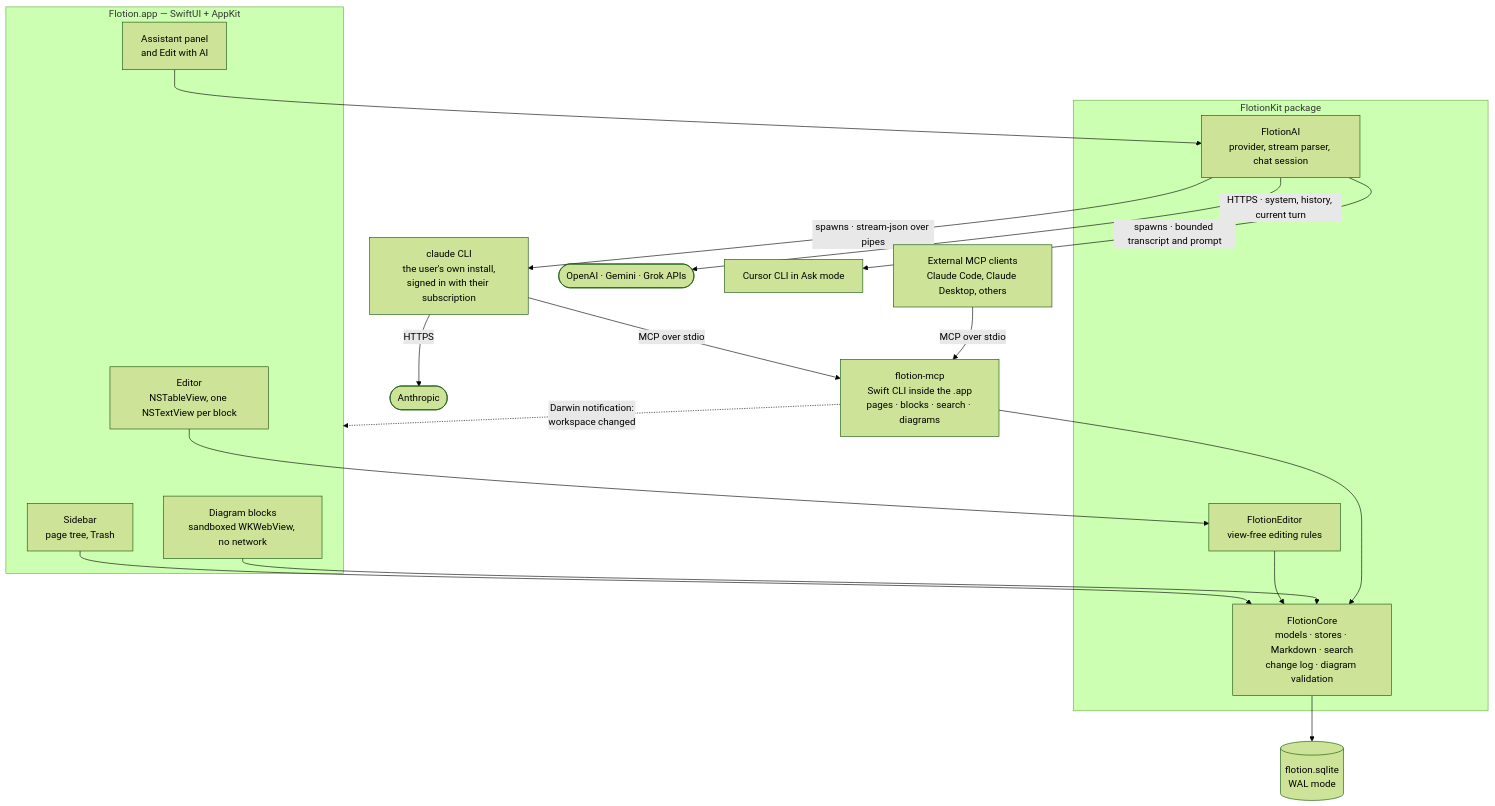
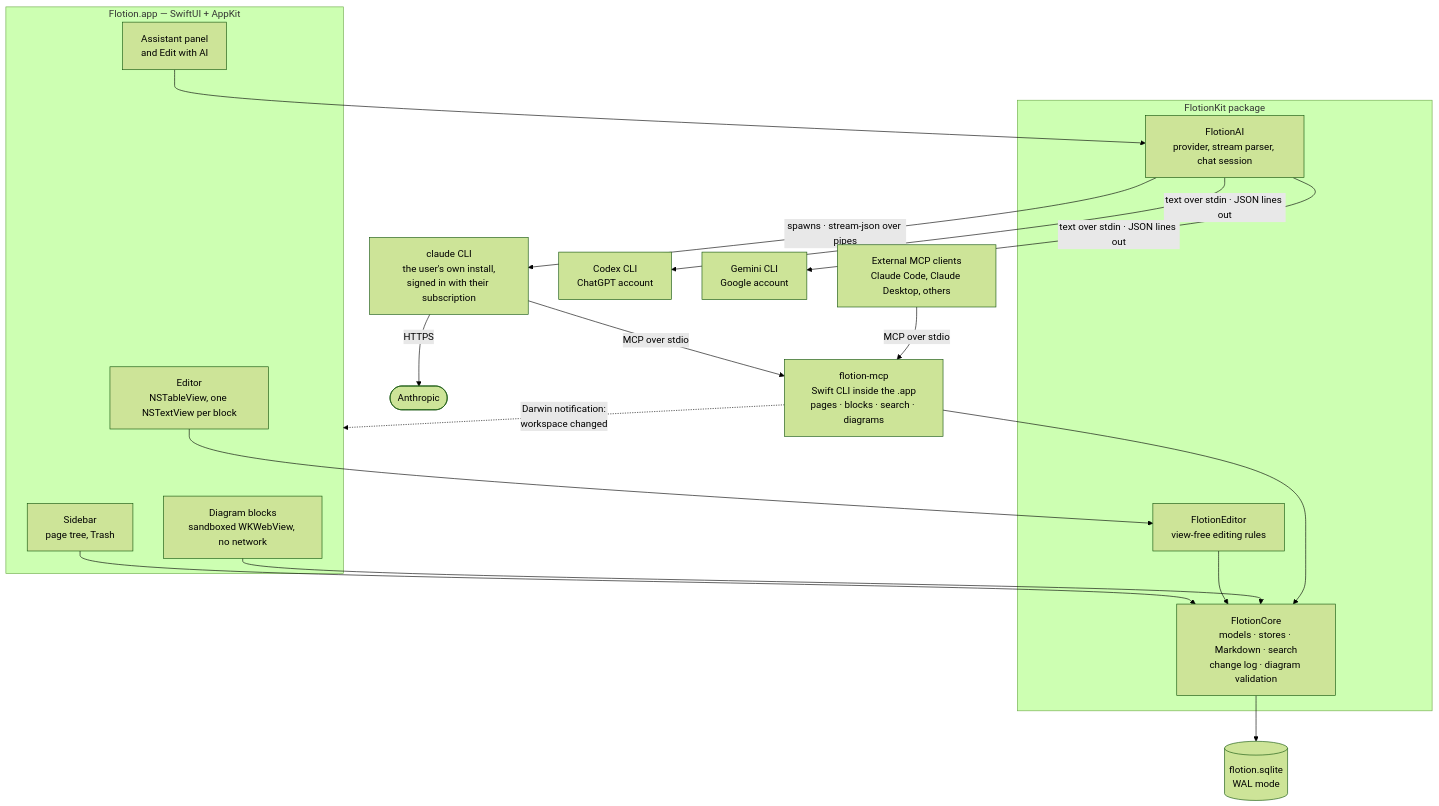
One commit to andrewv426/Flotion changed the first of 2 diagrams in docs/architecture.md. Above: the diagram before and after it, drawn with Mermaid (forest theme). The commit also changed other lines of this file and 14 other files, not shown here.

````diff
--- a/docs/architecture.md
+++ b/docs/architecture.md
@@ -7,39 +7,39 @@
 ```mermaid
 flowchart TB
     subgraph app["Flotion.app — SwiftUI + AppKit"]
         sidebar["Sidebar<br/>page tree, Trash"]
         editor["Editor<br/>NSTableView, one NSTextView per block"]
         diagram["Diagram blocks<br/>sandboxed WKWebView, no network"]
         panel["Assistant panel<br/>and Edit with AI"]
     end
 
     cli["claude CLI<br/>the user's own install,<br/>signed in with their subscription"]
     anthropic(["Anthropic"])
-    chatAPI(["OpenAI · Gemini · Grok APIs"])
-    cursor["Cursor CLI in Ask mode"]
+    codex["Codex CLI<br/>ChatGPT account"]
+    gemini["Gemini CLI<br/>Google account"]
     external["External MCP clients<br/>Claude Code, Claude Desktop, others"]
     mcp["flotion-mcp<br/>Swift CLI inside the .app<br/>pages · blocks · search · diagrams"]
 
     subgraph kit["FlotionKit package"]
         editorlib["FlotionEditor<br/>view-free editing rules"]
         ai["FlotionAI<br/>provider, stream parser, chat session"]
         core["FlotionCore<br/>models · stores · Markdown · search<br/>change log · diagram validation"]
     end
 
     db[("flotion.sqlite<br/>WAL mode")]
 
     editor --> editorlib
     panel --> ai
     ai -- "spawns · stream-json over pipes" --> cli
-    ai -- "HTTPS · system, history, current turn" --> chatAPI
-    ai -- "spawns · bounded transcript and prompt" --> cursor
+    ai -- "text over stdin · JSON lines out" --> codex
+    ai -- "text over stdin · JSON lines out" --> gemini
     cli -- HTTPS --> anthropic
     cli -- "MCP over stdio" --> mcp
     external -- "MCP over stdio" --> mcp
     sidebar --> core
     editorlib --> core
     diagram --> core
     mcp --> core
     core --> db
     mcp -. "Darwin notification:<br/>workspace changed" .-> app
 ```
````
